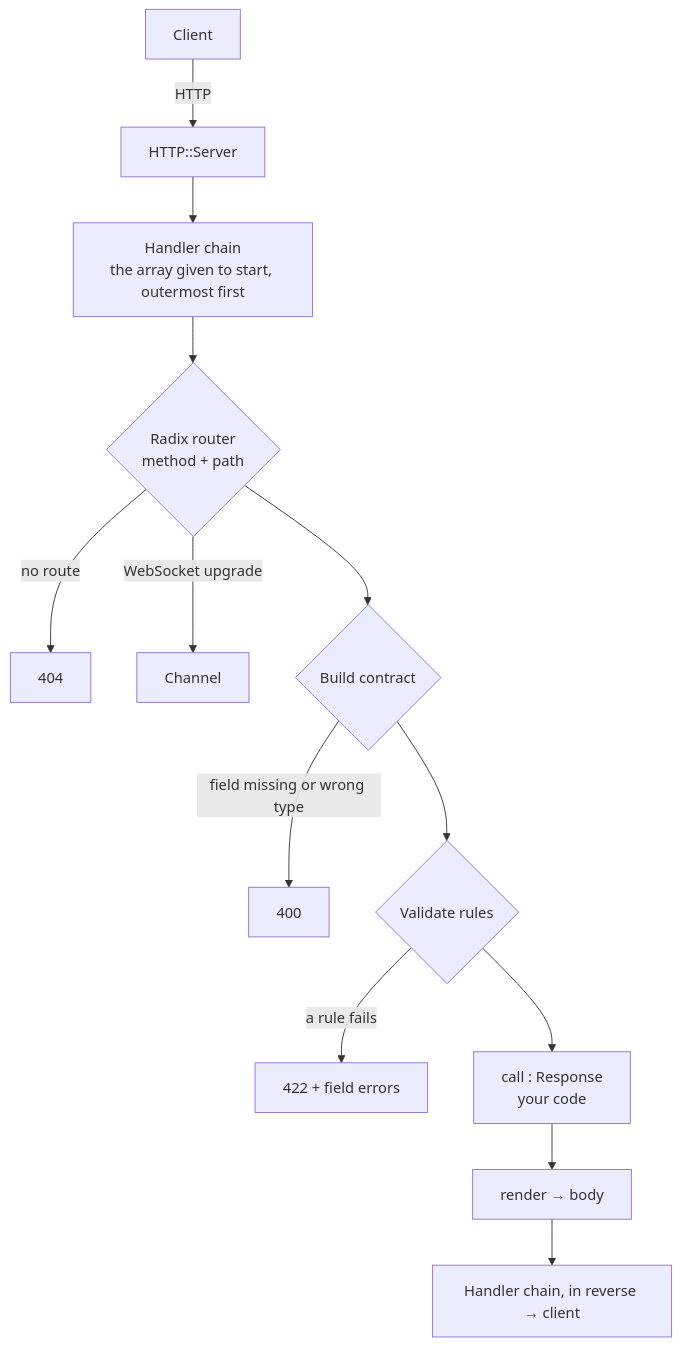
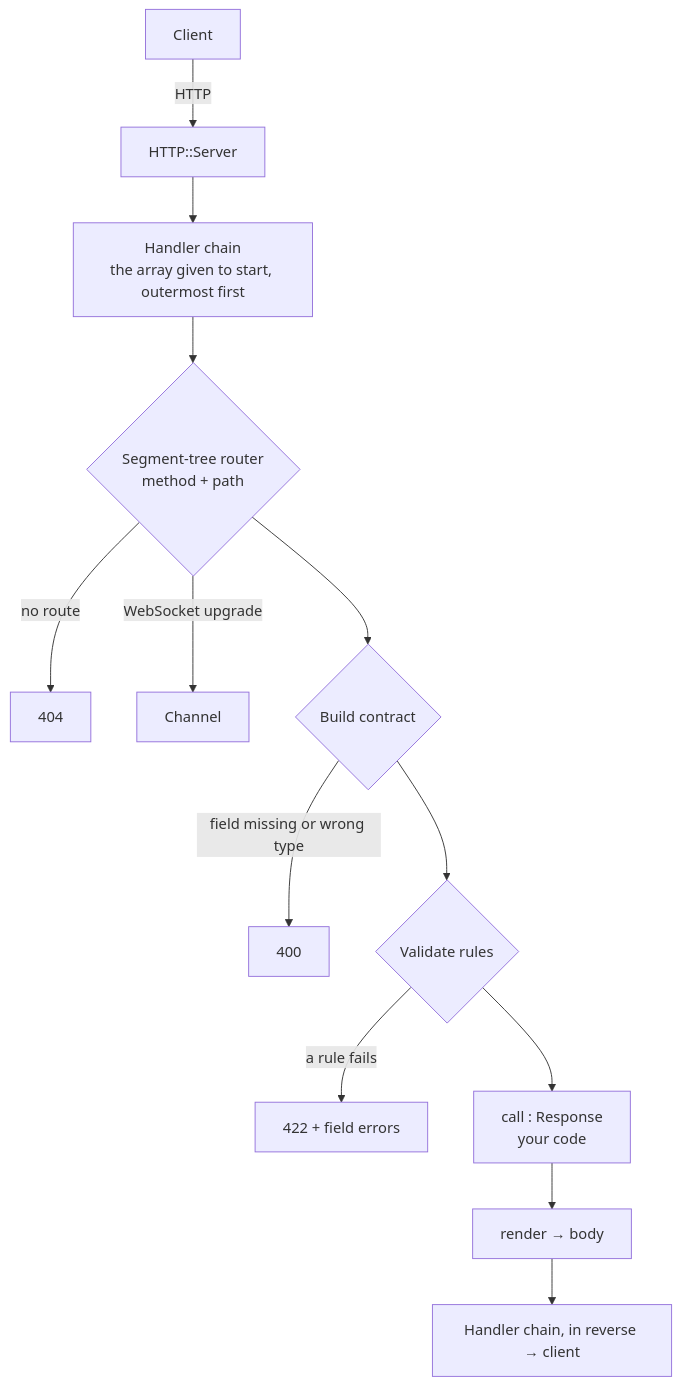
The diagram in docs/README.md (azutoolkit/azu), drawn with Mermaid before and after one commit. The commit also changed other lines of this file and 37 other files, not shown here.

First line of the commit message:
Router: find routes in the segment tree; remove radix and the path cache (#234)

````diff
--- a/docs/README.md
+++ b/docs/README.md
@@ -95,15 +95,15 @@
 ```mermaid
 flowchart TD
     client["Client"] -- HTTP --> server["HTTP::Server"]
     server --> chain["Handler chain<br/>the array given to start, outermost first"]
-    chain --> router{"Radix router<br/>method + path"}
+    chain --> router{"Segment-tree router<br/>method + path"}
     router -- no route --> notfound["404"]
     router -- WebSocket upgrade --> channel["Channel"]
     router --> build{"Build contract"}
     build -- field missing or wrong type --> bad["400"]
     build --> validate{"Validate rules"}
     validate -- a rule fails --> invalid["422 + field errors"]
     validate --> handle["call : Response<br/>your code"]
     handle --> body["render → body"]
     body --> back["Handler chain, in reverse → client"]
 ```
````
